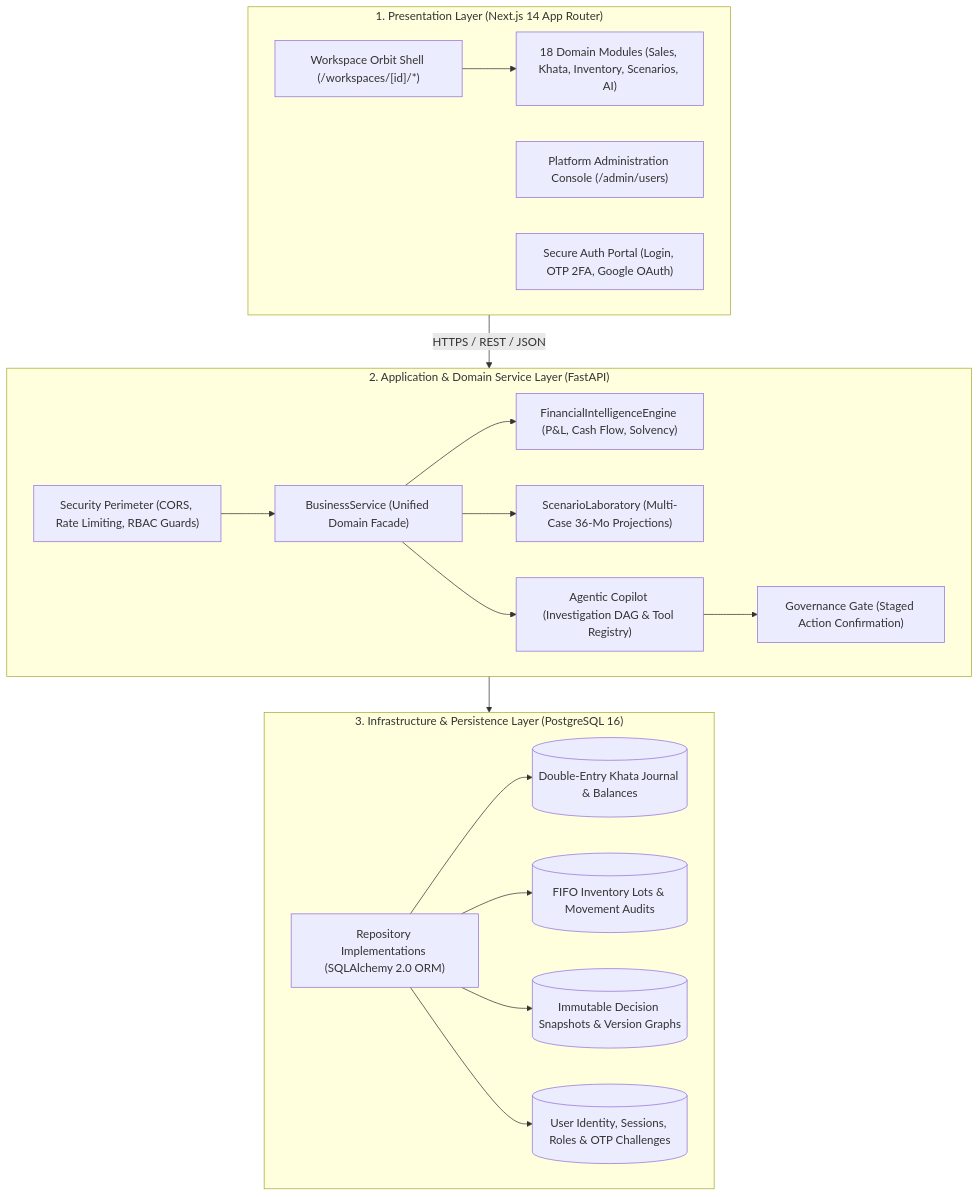
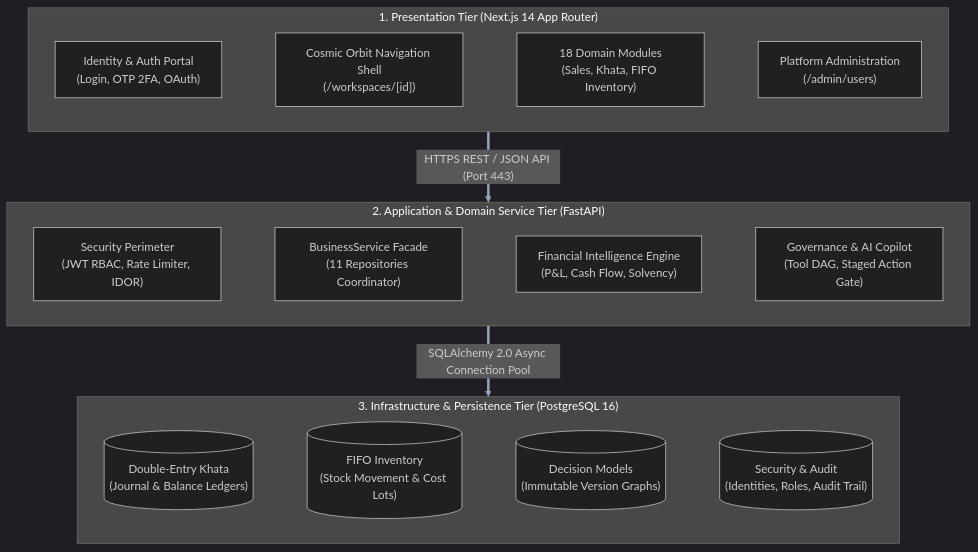
The first of 6 diagrams in README.md (ayush-mg/arthlens), drawn with Mermaid before and after one commit. The commit also changed other lines of this file, not shown here.

Commit message:
docs: modernize UML diagrams with dark tactical theme, clean symmetry, and zero white backgrounds

````diff
--- a/README.md
+++ b/README.md
@@ -328,41 +328,33 @@
 ```mermaid
+%%{init: {'theme': 'dark', 'themeVariables': {'darkMode': true, 'background': '#0b0f19', 'primaryColor': '#1e293b', 'primaryTextColor': '#f8fafc', 'primaryBorderColor': '#38bdf8', 'lineColor': '#94a3b8', 'secondaryColor': '#0f172a', 'tertiaryColor': '#1e293b'}}}%%
 flowchart TD
-    subgraph Tier1["1. Presentation Layer (Next.js 14 App Router)"]
-        UI_Shell["Workspace Orbit Shell (/workspaces/[id]/*)"]
-        UI_18["18 Domain Modules (Sales, Khata, Inventory, Scenarios, AI)"]
-        UI_Admin["Platform Administration Console (/admin/users)"]
-        UI_Auth["Secure Auth Portal (Login, OTP 2FA, Google OAuth)"]
-        UI_Shell --> UI_18
+    subgraph Tier1["1. Presentation Tier (Next.js 14 App Router)"]
+        direction LR
+        UI_Auth["Identity & Auth Portal<br/>(Login, OTP 2FA, OAuth)"]
+        UI_Shell["Cosmic Orbit Navigation Shell<br/>(/workspaces/[id])"]
+        UI_Modules["18 Domain Modules<br/>(Sales, Khata, FIFO Inventory)"]
+        UI_Admin["Platform Administration<br/>(/admin/users)"]
+        UI_Auth ~~~ UI_Shell ~~~ UI_Modules ~~~ UI_Admin
     end
 
-    subgraph Tier2["2. Application & Domain Service Layer (FastAPI)"]
-        API_Gate["Security Perimeter (CORS, Rate Limiting, RBAC Guards)"]
-        SVC_Biz["BusinessService (Unified Domain Facade)"]
-        SVC_Fin["FinancialIntelligenceEngine (P&L, Cash Flow, Solvency)"]
-        SVC_Scen["ScenarioLaboratory (Multi-Case 36-Mo Projections)"]
-        SVC_Agent["Agentic Copilot (Investigation DAG & Tool Registry)"]
-        SVC_Gov["Governance Gate (Staged Action Confirmation)"]
-
-        API_Gate --> SVC_Biz
-        SVC_Biz --> SVC_Fin
-        SVC_Biz --> SVC_Scen
-        SVC_Biz --> SVC_Agent
-        SVC_Agent --> SVC_Gov
+    subgraph Tier2["2. Application & Domain Service Tier (FastAPI)"]
+        direction LR
+        API_Gate["Security Perimeter<br/>(JWT RBAC, Rate Limiter, IDOR)"]
+        SVC_Biz["BusinessService Facade<br/>(11 Repositories Coordinator)"]
+        SVC_Fin["Financial Intelligence Engine<br/>(P&L, Cash Flow, Solvency)"]
+        SVC_Gov["Governance & AI Copilot<br/>(Tool DAG, Staged Action Gate)"]
+        API_Gate ~~~ SVC_Biz ~~~ SVC_Fin ~~~ SVC_Gov
     end
 
-    subgraph Tier3["3. Infrastructure & Persistence Layer (PostgreSQL 16)"]
-        REPO_Postgres["Repository Implementations (SQLAlchemy 2.0 ORM)"]
-        DB_Ledger[("Double-Entry Khata Journal & Balances")]
-        DB_Inv[("FIFO Inventory Lots & Movement Audits")]
-        DB_Dec[("Immutable Decision Snapshots & Version Graphs")]
-        DB_Users[("User Identity, Sessions, Roles & OTP Challenges")]
-        
-        REPO_Postgres --> DB_Ledger
-        REPO_Postgres --> DB_Inv
-        REPO_Postgres --> DB_Dec
-        REPO_Postgres --> DB_Users
+    subgraph Tier3["3. Infrastructure & Persistence Tier (PostgreSQL 16)"]
+        direction LR
+        DB_Ledger[("Double-Entry Khata<br/>(Journal & Balance Ledgers)")]
+        DB_Inv[("FIFO Inventory<br/>(Stock Movement & Cost Lots)")]
+        DB_Dec[("Decision Models<br/>(Immutable Version Graphs)")]
+        DB_Sec[("Security & Audit<br/>(Identities, Roles, Audit Trail)")]
+        DB_Ledger ~~~ DB_Inv ~~~ DB_Dec ~~~ DB_Sec
     end
 
-    Tier1 -->|HTTPS / REST / JSON| Tier2
-    Tier2 --> Tier3
+    Tier1 ==>|"HTTPS REST / JSON API (Port 443)"| Tier2
+    Tier2 ==>|"SQLAlchemy 2.0 Async Connection Pool"| Tier3
 ```
````
